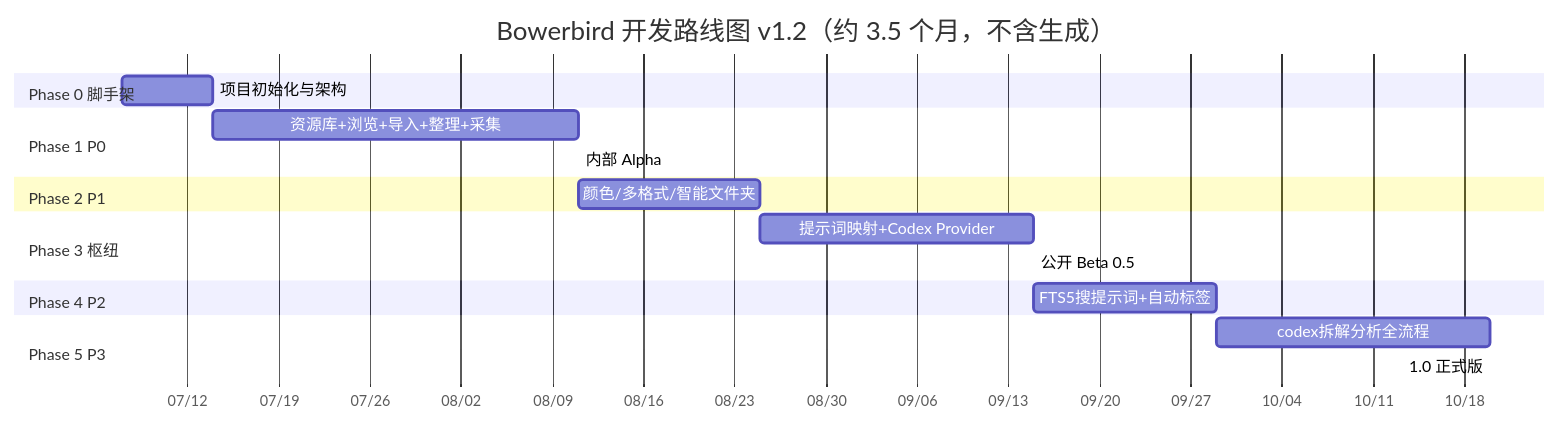
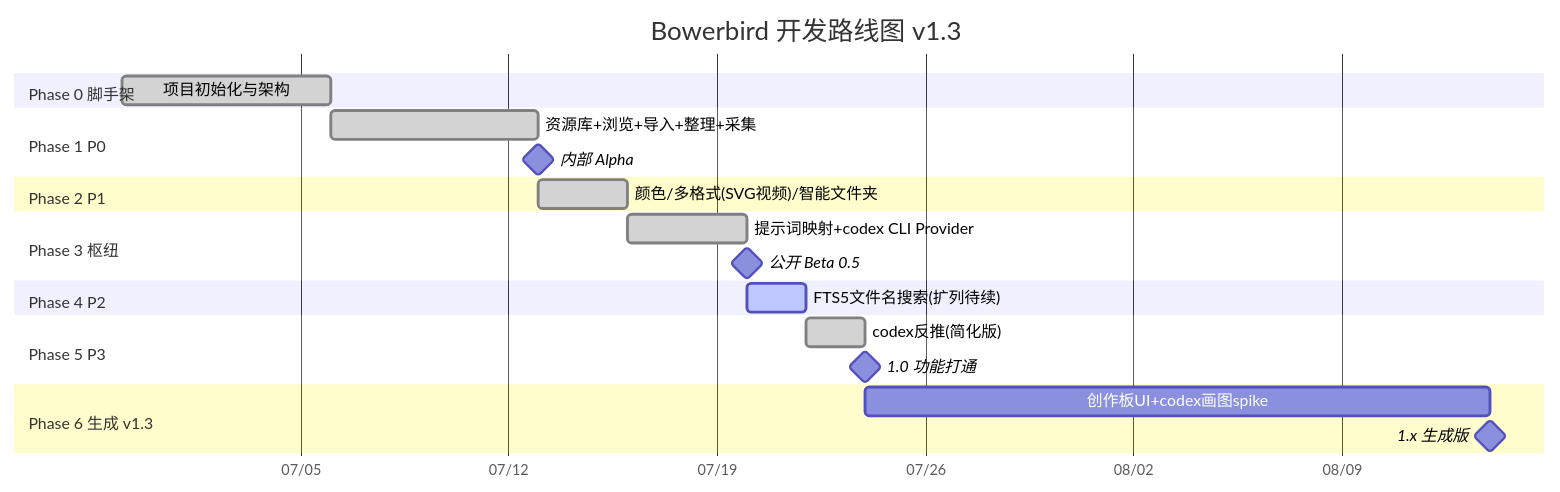
The third of 3 diagrams in Bowerbird开发计划.md (hohohin/Bowerbird), drawn with Mermaid before and after one commit. The commit also changed other lines of this file and 21 other files, not shown here.

First line of the commit message:
存档：创作板 UI 落地（真实文本编辑器 + @ 选图 + 维度 chips 来自图片 sections）+ 反推 caption sections 结构化 + 多维度序列化修复

````diff
--- a/Bowerbird开发计划.md
+++ b/Bowerbird开发计划.md
@@ -333,22 +403,25 @@
 ```mermaid
 gantt
-    title Bowerbird 开发路线图 v1.2（约 3.5 个月，不含生成）
+    title Bowerbird 开发路线图 v1.3
     dateFormat  YYYY-MM-DD
     axisFormat  %m/%d
 
     section Phase 0 脚手架
-    项目初始化与架构           :p0, 2026-07-07, 1w
+    项目初始化与架构           :done, p0, 2026-06-29, 1w
     section Phase 1 P0
-    资源库+浏览+导入+整理+采集   :p1, after p0, 4w
-    内部 Alpha               :m1, after p1, 0d
+    资源库+浏览+导入+整理+采集   :done, p1, after p0, 1w
+    内部 Alpha               :milestone, m1, after p1, 0d
     section Phase 2 P1
-    颜色/多格式/智能文件夹      :p2, after p1, 2w
+    颜色/多格式(SVG视频)/智能文件夹 :done, p2, after p1, 3d
     section Phase 3 枢纽
-    提示词映射+Codex Provider  :p3, after p2, 3w
-    公开 Beta 0.5            :m2, after p3, 0d
+    提示词映射+codex CLI Provider :done, p3, after p2, 4d
+    公开 Beta 0.5            :milestone, m2, after p3, 0d
     section Phase 4 P2
-    FTS5搜提示词+自动标签       :p4, after p3, 2w
+    FTS5文件名搜索(扩列待续)    :active, p4, after p3, 2d
     section Phase 5 P3
-    codex拆解分析全流程         :p5, after p4, 3w
-    1.0 正式版              :m3, after p5, 0d
+    codex反推(简化版)          :done, p5, after p4, 2d
+    1.0 功能打通            :milestone, m3, after p5, 0d
+    section Phase 6 生成 v1.3
+    创作板UI+codex画图spike    :p6, after p5, 3w
+    1.x 生成版              :milestone, m4, after p6, 0d
 ```
````
